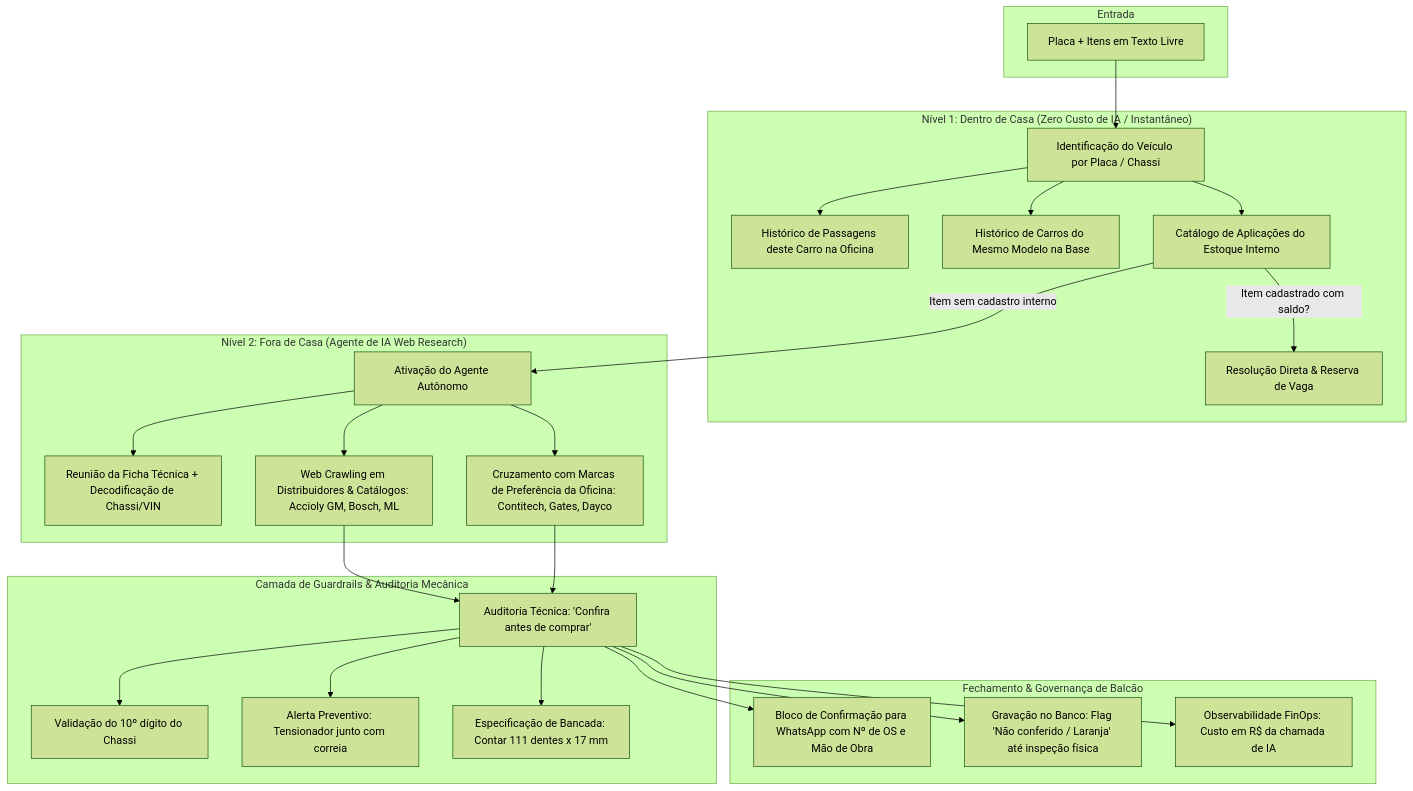
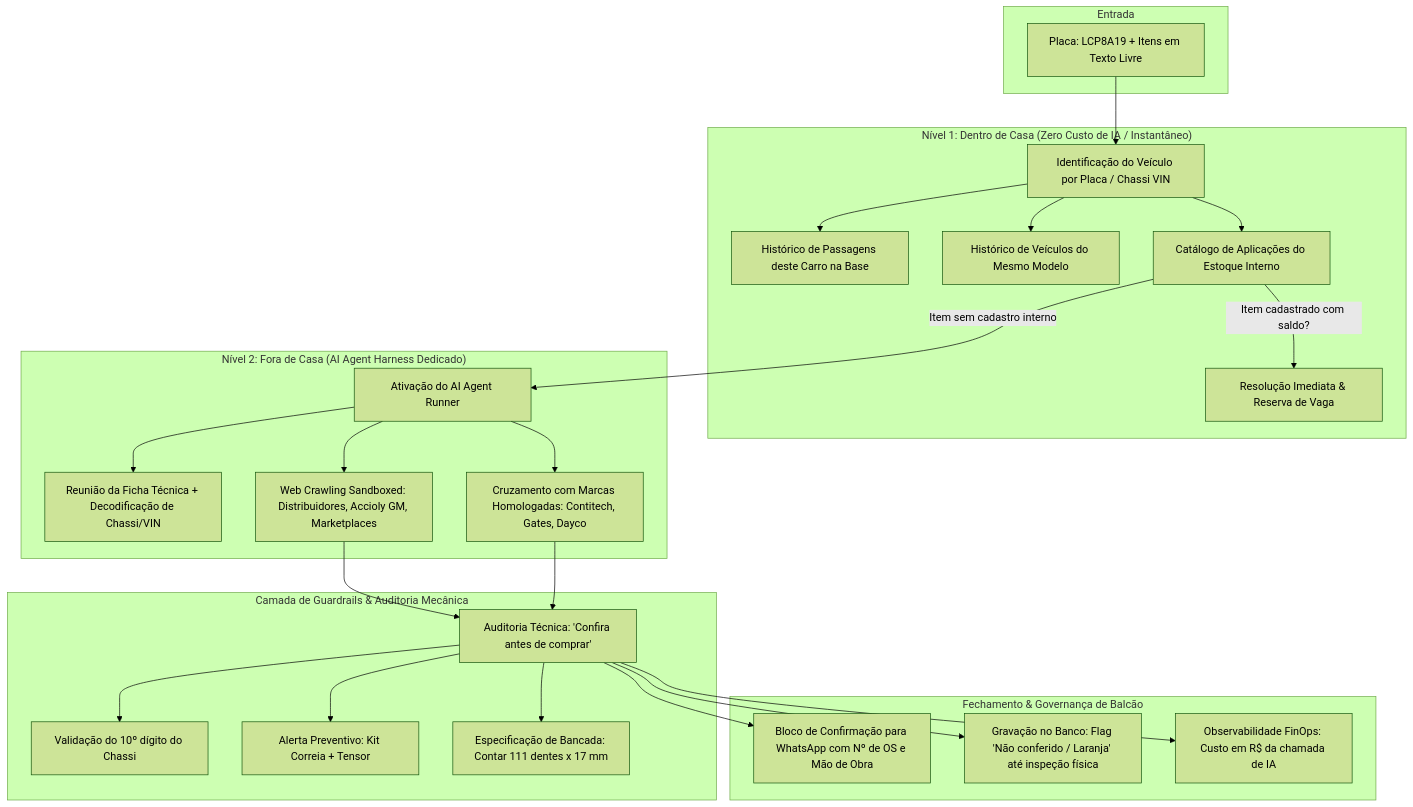
One commit to AdrianLopez001/LocParts changed the first of 3 diagrams in docs/arquitetura-e-funcionamento.md. Above: the diagram before and after it, drawn with Mermaid (forest theme). The commit also changed other lines of this file and 6 other files, not shown here.

Commit message:
feat: adopt LocParts branding, anonymized plates, and AI Agent Harness architecture deep-dive

````diff
--- a/docs/arquitetura-e-funcionamento.md
+++ b/docs/arquitetura-e-funcionamento.md
@@ -41,34 +41,34 @@
 ```mermaid
 flowchart TD
     subgraph Entrada
-        A[Placa + Itens em Texto Livre]
+        A[Placa: LCP8A19 + Itens em Texto Livre]
     end
 
     subgraph N1["Nível 1: Dentro de Casa (Zero Custo de IA / Instantâneo)"]
-        A --> B[Identificação do Veículo por Placa / Chassi]
-        B --> C[Histórico de Passagens deste Carro na Oficina]
-        B --> D[Histórico de Carros do Mesmo Modelo na Base]
+        A --> B[Identificação do Veículo por Placa / Chassi VIN]
+        B --> C[Histórico de Passagens deste Carro na Base]
+        B --> D[Histórico de Veículos do Mesmo Modelo]
         B --> E[Catálogo de Aplicações do Estoque Interno]
-        E -->|Item cadastrado com saldo?| F[Resolução Direta & Reserva de Vaga]
+        E -->|Item cadastrado com saldo?| F[Resolução Imediata & Reserva de Vaga]
     end
 
-    subgraph N2["Nível 2: Fora de Casa (Agente de IA Web Research)"]
-        E -->|Item sem cadastro interno| G[Ativação do Agente Autônomo]
+    subgraph N2["Nível 2: Fora de Casa (AI Agent Harness Dedicado)"]
+        E -->|Item sem cadastro interno| G[Ativação do AI Agent Runner]
         G --> H[Reunião da Ficha Técnica + Decodificação de Chassi/VIN]
-        G --> I[Web Crawling em Distribuidores & Catálogos: Accioly GM, Bosch, ML]
-        G --> J[Cruzamento com Marcas de Preferência da Oficina: Contitech, Gates, Dayco]
+        G --> I[Web Crawling Sandboxed: Distribuidores, Accioly GM, Marketplaces]
+        G --> J[Cruzamento com Marcas Homologadas: Contitech, Gates, Dayco]
     end
 
     subgraph N3["Camada de Guardrails & Auditoria Mecânica"]
         I & J --> K[Auditoria Técnica: 'Confira antes de comprar']
         K --> K1[Validação do 10º dígito do Chassi]
-        K --> K2[Alerta Preventivo: Tensionador junto com correia]
+        K --> K2[Alerta Preventivo: Kit Correia + Tensor]
         K --> K3[Especificação de Bancada: Contar 111 dentes x 17 mm]
     end
 
     subgraph N4["Fechamento & Governança de Balcão"]
         K --> L[Bloco de Confirmação para WhatsApp com Nº de OS e Mão de Obra]
         K --> M[Gravação no Banco: Flag 'Não conferido / Laranja' até inspeção física]
         K --> N[Observabilidade FinOps: Custo em R$ da chamada de IA]
     end
 ```
````
